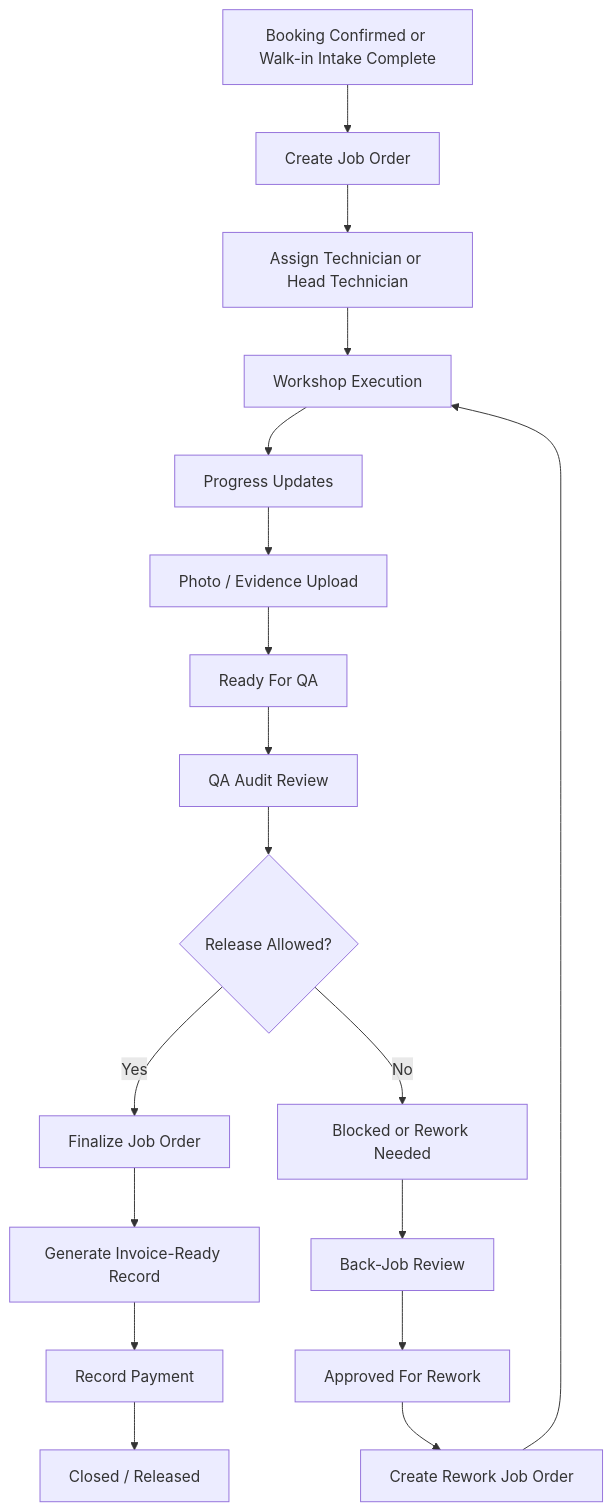
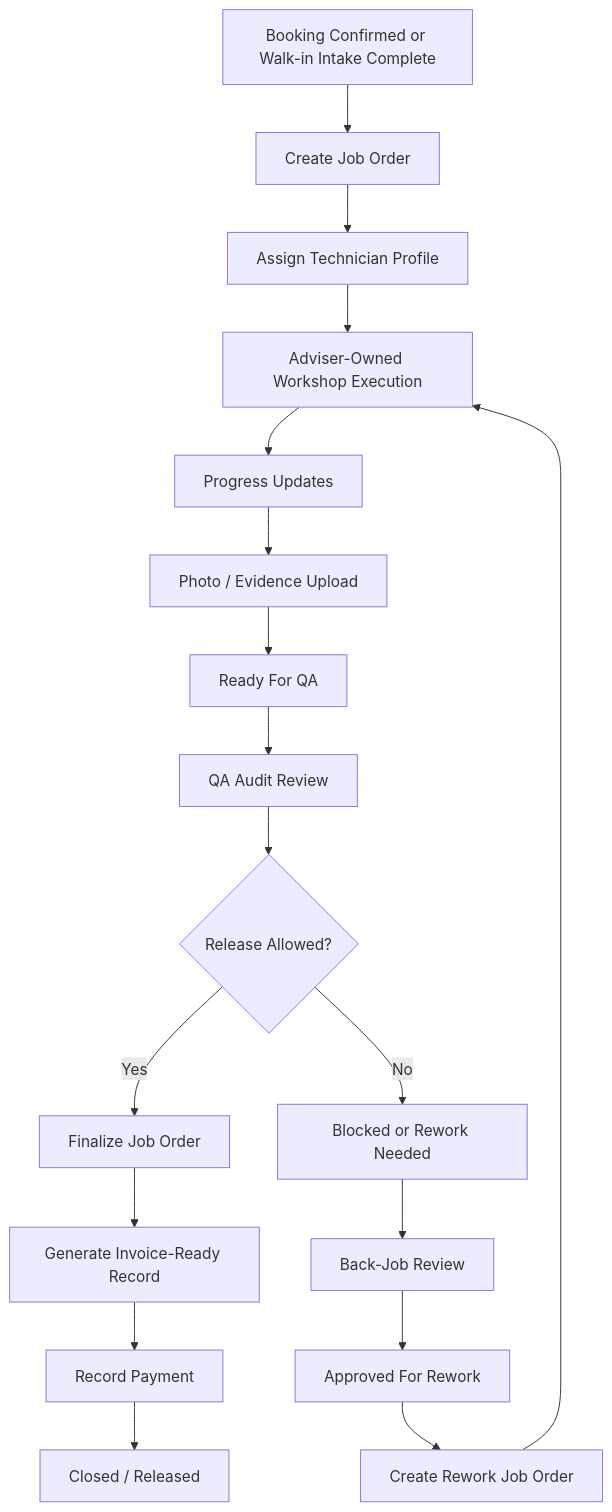
Before and after one commit to Khaggo/codewave: the diagram in docs/contracts/job-order-pipeline-process-flow-notion-ready.md, drawn with Mermaid. The commit also changed other lines of this file and 299 other files, not shown here.

````diff
--- a/docs/contracts/job-order-pipeline-process-flow-notion-ready.md
+++ b/docs/contracts/job-order-pipeline-process-flow-notion-ready.md
@@ -44,20 +44,20 @@
 ```mermaid
 flowchart TD
   A["Booking Confirmed or Walk-in Intake Complete"] --> B["Create Job Order"]
-  B --> C["Assign Technician or Head Technician"]
-  C --> D["Workshop Execution"]
+  B --> C["Assign Technician Profile"]
+  C --> D["Adviser-Owned Workshop Execution"]
   D --> E["Progress Updates"]
   E --> F["Photo / Evidence Upload"]
   F --> G["Ready For QA"]
   G --> H["QA Audit Review"]
   H --> I{"Release Allowed?"}
   I -- Yes --> J["Finalize Job Order"]
   J --> K["Generate Invoice-Ready Record"]
   K --> L["Record Payment"]
   L --> M["Closed / Released"]
   I -- No --> N["Blocked or Rework Needed"]
   N --> O["Back-Job Review"]
   O --> P["Approved For Rework"]
   P --> Q["Create Rework Job Order"]
   Q --> D
 ```
````
